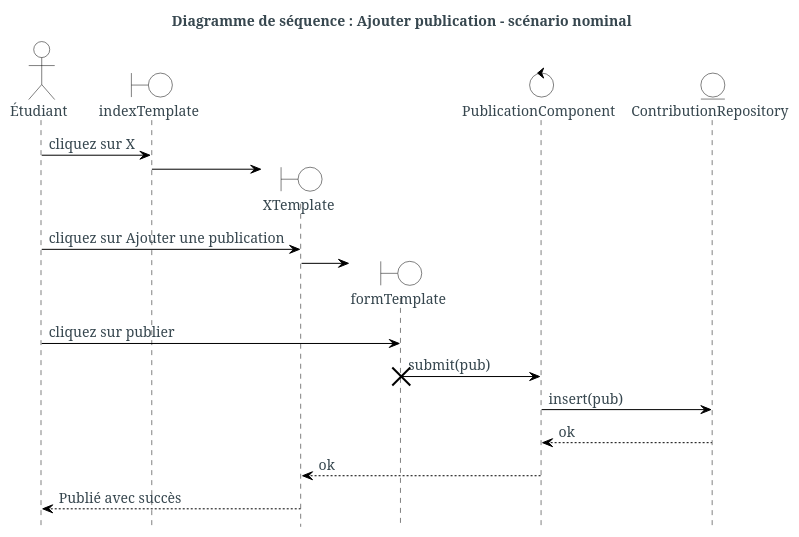
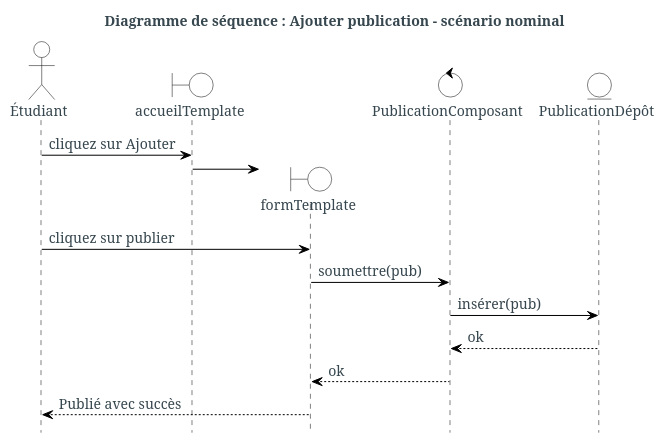
Before and after one commit to assimhabeek/memoire: the diagram in diagrammes/src/sequences/add_publication.puml, drawn with PlantUML. The commit also changed 16 other files, not shown here.

```diff
--- a/diagrammes/src/sequences/add_publication.puml
+++ b/diagrammes/src/sequences/add_publication.puml
@@ -1,48 +1,44 @@
 @startuml
 skinparam backgroundColor #fff
 skinparam defaultFontColor #37474f
 skinparam defaultFontSize 14
 skinparam defaultFontName serif
 skinparam defaultFontStyle bold
 skinparam actorBackgroundColor #fff
 skinparam actorBorderColor #000
 skinparam boundaryBackgroundColor #fff
 skinparam boundaryBorderColor #000
 skinparam controlBackgroundColor #fff
 skinparam controlBorderColor #000
 skinparam entityBackgroundColor #fff
 skinparam entityBorderColor #000
 skinparam participantBackgroundColor #fff
 skinparam participantBorderColor #000
 skinparam ArrowColor #000
 skinparam sequenceLifeLineBorderColor #000
 skinparam sequenceBoxBorderColor #FFF
 skinparam ParticipantPadding -80
 
 title Diagramme de séquence : Ajouter publication - scénario nominal
 
 hide footbox
 
 
 actor Étudiant as student
 
-boundary indexTemplate
-boundary XTemplate
+boundary accueilTemplate
 boundary formTemplate
-control PublicationComponent
-entity ContributionRepository
-student ->  indexTemplate : cliquez sur X
-create XTemplate
-indexTemplate -> XTemplate
-student ->  XTemplate : cliquez sur Ajouter une publication
+control PublicationComposant
+entity PublicationDépôt
+
+student ->  accueilTemplate : cliquez sur Ajouter
 create formTemplate
-XTemplate ->  formTemplate
+accueilTemplate ->  formTemplate
 student ->  formTemplate : cliquez sur publier
-formTemplate -> PublicationComponent : submit(pub)
-destroy formTemplate
-PublicationComponent -> ContributionRepository : insert(pub)
-ContributionRepository --> PublicationComponent : ok
-PublicationComponent --> XTemplate: ok
-XTemplate --> student :Publié avec succès
+formTemplate -> PublicationComposant : soumettre(pub)
+PublicationComposant -> PublicationDépôt : insérer(pub)
+PublicationDépôt --> PublicationComposant : ok
+PublicationComposant --> formTemplate: ok
+formTemplate --> student :Publié avec succès
 
 @enduml
```
